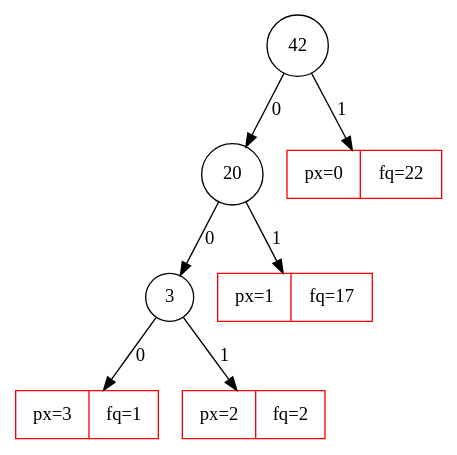
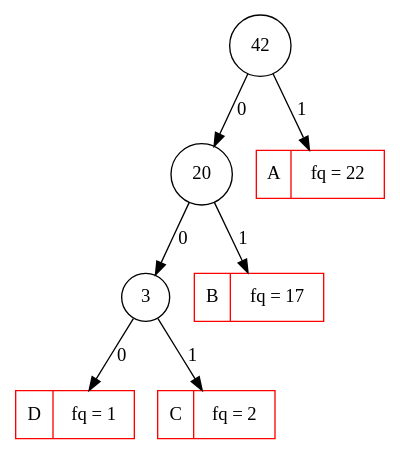
One commit to rsbruno/needlefish changed the diagram in Huffman/tree.dot. Above: the diagram before and after it, drawn with Graphviz. The commit also changed 5 other files, not shown here.

```diff
--- a/Huffman/tree.dot
+++ b/Huffman/tree.dot
@@ -1,16 +1,16 @@
 digraph {
 	node [fontename="Arial"];
 	n6 [shape = circle, label="42"]
 	n5 [shape = circle, label="20"]
 	n4 [shape = circle, label="3"]
-	n3 [shape = record, label="px=3|fq=1", color=RED]
+	n3 [shape = record, label="D | fq = 1", color=RED]
 	n4 -> n3 [label=0]
-	n2 [shape = record, label="px=2|fq=2", color=RED]
+	n2 [shape = record, label="C | fq = 2", color=RED]
 	n4 -> n2 [label=1]
 	n5 -> n4 [label=0]
-	n1 [shape = record, label="px=1|fq=17", color=RED]
+	n1 [shape = record, label="B | fq = 17", color=RED]
 	n5 -> n1 [label=1]
 	n6 -> n5 [label=0]
-	n0 [shape = record, label="px=0|fq=22", color=RED]
+	n0 [shape = record, label="A | fq = 22", color=RED]
 	n6 -> n0 [label=1]
 }
```
